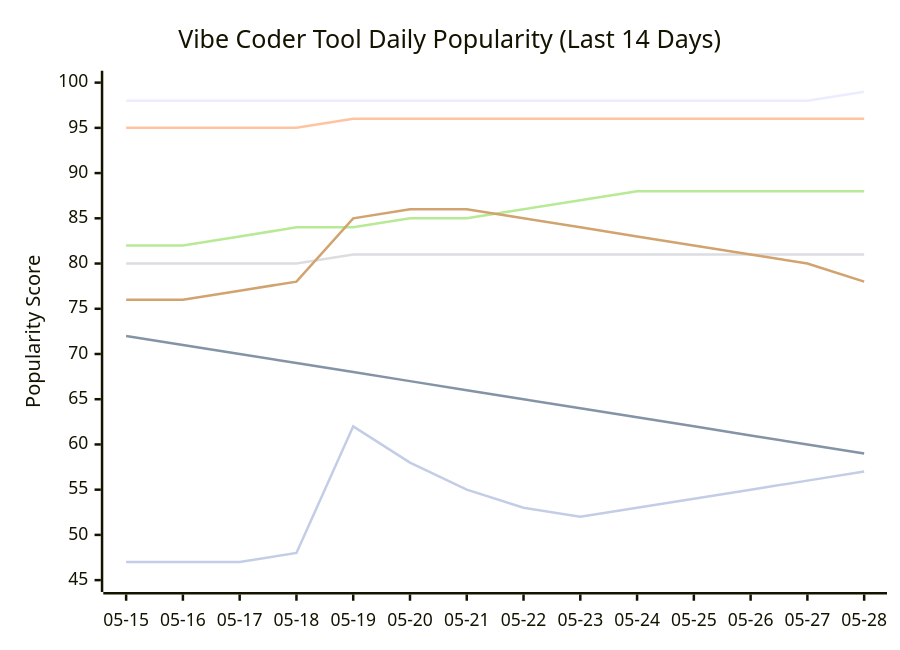
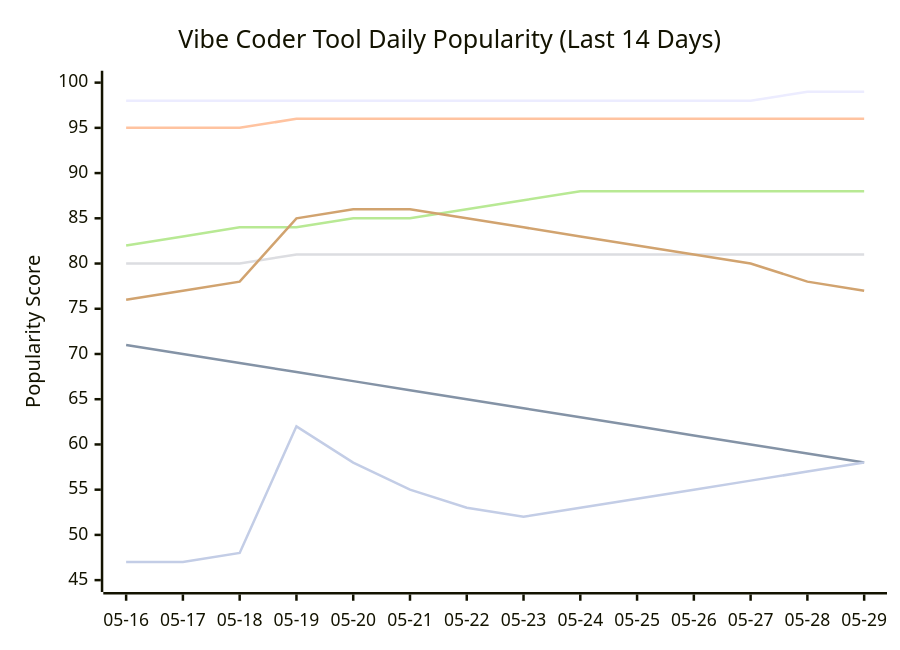
Before and after one commit to tykimos/ai-whatchelin: the seventh of 11 diagrams in README.md, drawn with Mermaid. The commit also changed other lines of this file and 4 other files, not shown here.

````diff
--- a/README.md
+++ b/README.md
@@ -1141,13 +1166,13 @@
 ```mermaid
 xychart-beta
     title "Vibe Coder Tool Daily Popularity (Last 14 Days)"
-    x-axis ["05-15", "05-16", "05-17", "05-18", "05-19", "05-20", "05-21", "05-22", "05-23", "05-24", "05-25", "05-26", "05-27", "05-28"]
+    x-axis ["05-16", "05-17", "05-18", "05-19", "05-20", "05-21", "05-22", "05-23", "05-24", "05-25", "05-26", "05-27", "05-28", "05-29"]
     y-axis "Popularity Score" 45 --> 100
-    line "Claude Code" [98, 98, 98, 98, 98, 98, 98, 98, 98, 98, 98, 98, 98, 99]
-    line "GH Copilot" [72, 71, 70, 69, 68, 67, 66, 65, 64, 63, 62, 61, 60, 59]
-    line "Cursor" [95, 95, 95, 95, 96, 96, 96, 96, 96, 96, 96, 96, 96, 96]
-    line "Windsurf" [80, 80, 80, 80, 81, 81, 81, 81, 81, 81, 81, 81, 81, 81]
-    line "Codex CLI" [82, 82, 83, 84, 84, 85, 85, 86, 87, 88, 88, 88, 88, 88]
-    line "Gemini CLI" [76, 76, 77, 78, 85, 86, 86, 85, 84, 83, 82, 81, 80, 78]
-    line "Antigravity" [47, 47, 47, 48, 62, 58, 55, 53, 52, 53, 54, 55, 56, 57]
+    line "Claude Code" [98, 98, 98, 98, 98, 98, 98, 98, 98, 98, 98, 98, 99, 99]
+    line "GH Copilot" [71, 70, 69, 68, 67, 66, 65, 64, 63, 62, 61, 60, 59, 58]
+    line "Cursor" [95, 95, 95, 96, 96, 96, 96, 96, 96, 96, 96, 96, 96, 96]
+    line "Windsurf" [80, 80, 80, 81, 81, 81, 81, 81, 81, 81, 81, 81, 81, 81]
+    line "Codex CLI" [82, 83, 84, 84, 85, 85, 86, 87, 88, 88, 88, 88, 88, 88]
+    line "Gemini CLI" [76, 77, 78, 85, 86, 86, 85, 84, 83, 82, 81, 80, 78, 77]
+    line "Antigravity" [47, 47, 48, 62, 58, 55, 53, 52, 53, 54, 55, 56, 57, 58]
 ```
````
